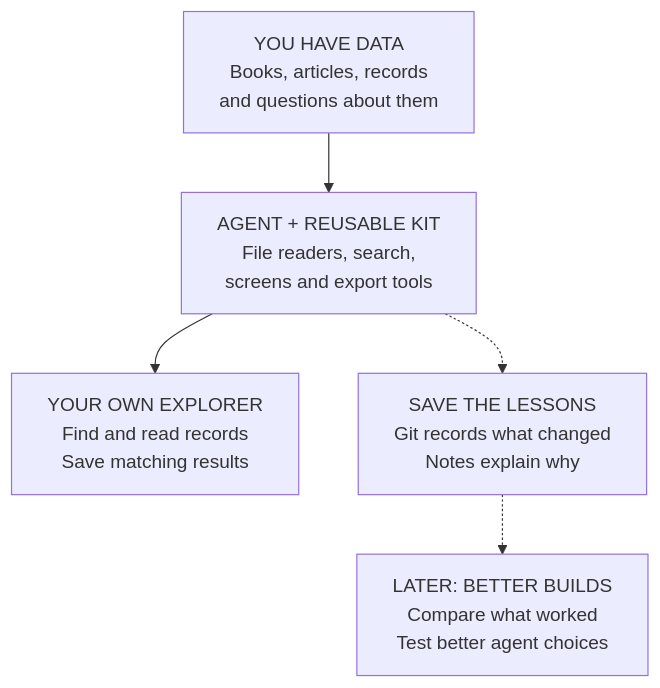
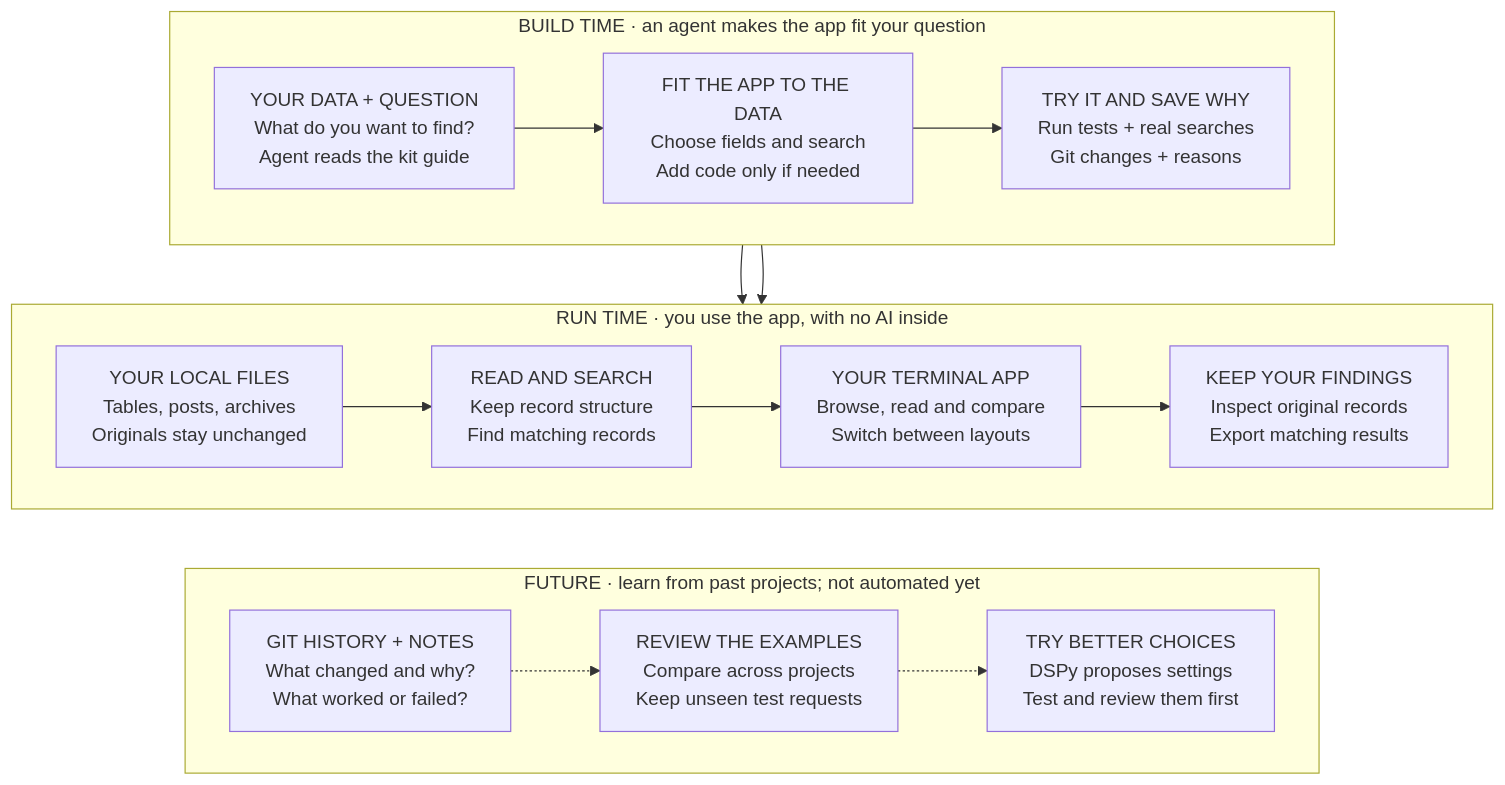
One commit to Dataset-explorer-tui-kit/.github changed the diagram in profile/assets/kit-overview.mmd. Above: the diagram before and after it, drawn with Mermaid. The commit also changed 4 other files, not shown here.

Commit message:
docs: restore build-run-future overview and use public GIF embeds with direct playback links

```diff
--- a/profile/assets/kit-overview.mmd
+++ b/profile/assets/kit-overview.mmd
@@ -1,15 +1,37 @@
 flowchart TD
-    goal["YOU HAVE DATA<br/>Books, articles, records<br/>and questions about them"]
-    kit["AGENT + REUSABLE KIT<br/>File readers, search,<br/>screens and export tools"]
-    app["YOUR OWN EXPLORER<br/>Find and read records<br/>Save matching results"]
-    goal --> kit
-    kit --> app
-    history["SAVE THE LESSONS<br/>Git records what changed<br/>Notes explain why"]
-    better["LATER: BETTER BUILDS<br/>Compare what worked<br/>Test better agent choices"]
-    kit -.-> history
-    history -.-> better
-    class goal input
-    class kit agent
-    class app output
-    class history core
-    class better optional
+    subgraph build["BUILD TIME · an agent makes the app fit your question"]
+      direction LR
+      ask["YOUR DATA + QUESTION<br/>What do you want to find?<br/>Agent reads the kit guide"]
+      setup["FIT THE APP TO THE DATA<br/>Choose fields and search<br/>Add code only if needed"]
+      check["TRY IT AND SAVE WHY<br/>Run tests + real searches<br/>Git changes + reasons"]
+      ask --> setup
+      setup --> check
+    end
+    subgraph runtime["RUN TIME · you use the app, with no AI inside"]
+      direction LR
+      files["YOUR LOCAL FILES<br/>Tables, posts, archives<br/>Originals stay unchanged"]
+      search["READ AND SEARCH<br/>Keep record structure<br/>Find matching records"]
+      app["YOUR TERMINAL APP<br/>Browse, read and compare<br/>Switch between layouts"]
+      results["KEEP YOUR FINDINGS<br/>Inspect original records<br/>Export matching results"]
+      files --> search
+      search --> app
+      app --> results
+    end
+    setup --> search
+    check --> app
+    subgraph future["FUTURE · learn from past projects; not automated yet"]
+      direction LR
+      notes["GIT HISTORY + NOTES<br/>What changed and why?<br/>What worked or failed?"]
+      cases["REVIEW THE EXAMPLES<br/>Compare across projects<br/>Keep unseen test requests"]
+      dspy["TRY BETTER CHOICES<br/>DSPy proposes settings<br/>Test and review them first"]
+      notes -.-> cases
+      cases -.-> dspy
+    end
+    files ~~~ notes
+    search ~~~ cases
+    app ~~~ dspy
+    class ask,setup,check agent
+    class files input
+    class search,app core
+    class results output
+    class notes,cases,dspy optional
```
